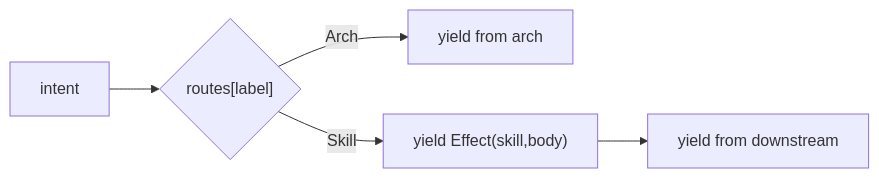
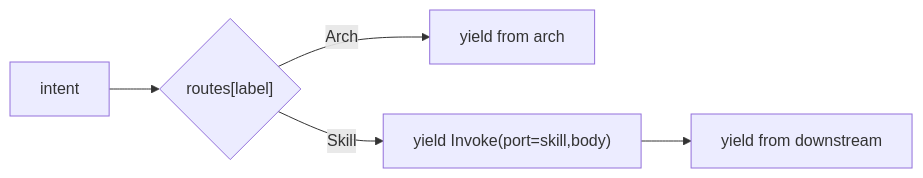
The seventh of 11 diagrams in docs/02-模块详设/Agent/R12-内置架构与组合.md (sao-lang/lll), drawn with Mermaid before and after one commit. The commit also changed other lines of this file and 127 other files, not shown here.

````diff
--- a/docs/02-模块详设/Agent/R12-内置架构与组合.md
+++ b/docs/02-模块详设/Agent/R12-内置架构与组合.md
@@ -252,6 +252,6 @@
 ```mermaid
 flowchart LR
     I["intent"] --> R{"routes[label]"}
     R -->|Arch| A["yield from arch"]
-    R -->|Skill| S["yield Effect(skill,body)"] --> A2["yield from downstream"]
+    R -->|Skill| S["yield Invoke(port=skill,body)"] --> A2["yield from downstream"]
 ```
````
